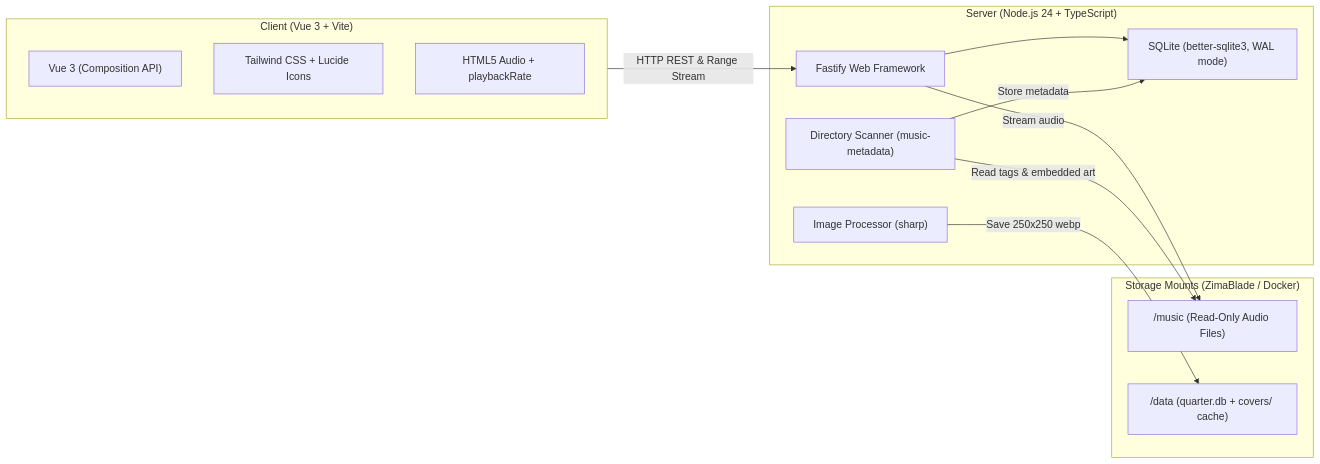
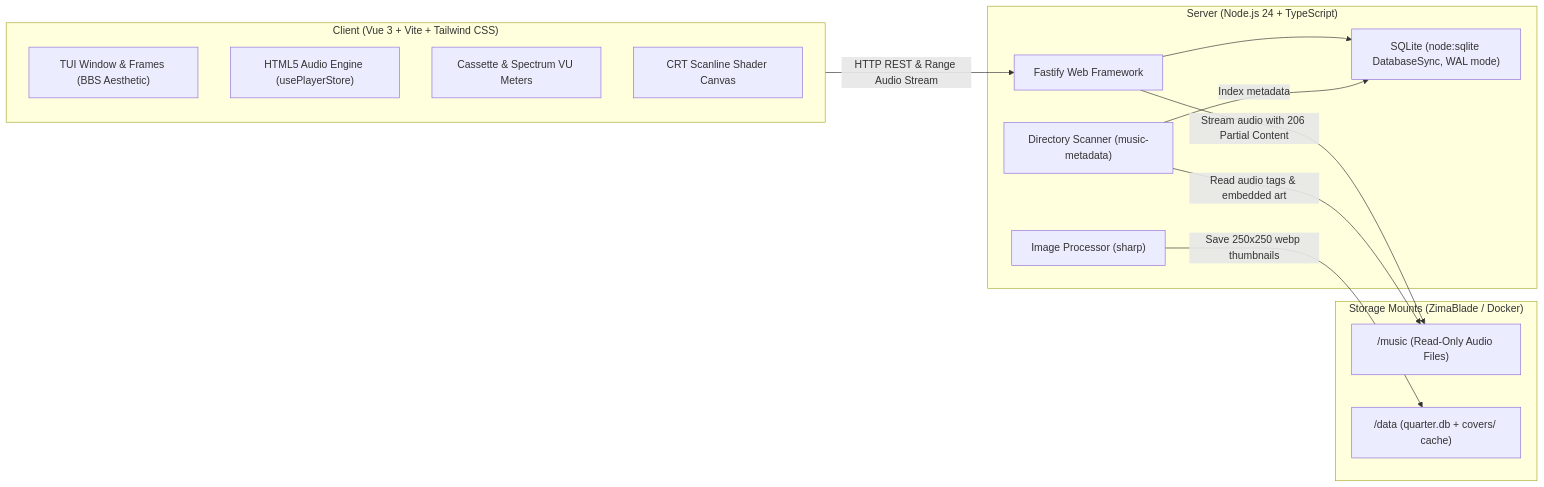
Before and after one commit to UdrK/QuarterNote: the first of 4 diagrams in docs/architecture.md, drawn with Mermaid. The commit also changed other lines of this file and 5 other files, not shown here.

````diff
--- a/docs/architecture.md
+++ b/docs/architecture.md
@@ -9,27 +9,28 @@
 ```mermaid
 flowchart LR
-    subgraph Client ["Client (Vue 3 + Vite)"]
-        UI["Vue 3 (Composition API)"]
-        TW["Tailwind CSS + Lucide Icons"]
-        AudioEngine["HTML5 Audio + playbackRate"]
+    subgraph Client ["Client (Vue 3 + Vite + Tailwind CSS)"]
+        UI["TUI Window & Frames (BBS Aesthetic)"]
+        AudioEngine["HTML5 Audio Engine (usePlayerStore)"]
+        Visualizer["Cassette & Spectrum VU Meters"]
+        CRT["CRT Scanline Shader Canvas"]
     end
 
     subgraph Server ["Server (Node.js 24 + TypeScript)"]
         Fastify["Fastify Web Framework"]
         Scanner["Directory Scanner (music-metadata)"]
         Thumbnails["Image Processor (sharp)"]
-        DB["SQLite (better-sqlite3, WAL mode)"]
+        DB["SQLite (node:sqlite DatabaseSync, WAL mode)"]
     end
 
     subgraph Storage ["Storage Mounts (ZimaBlade / Docker)"]
         MusicDir["/music (Read-Only Audio Files)"]
         DataDir["/data (quarter.db + covers/ cache)"]
     end
 
-    Client -->|HTTP REST & Range Stream| Fastify
+    Client -->|HTTP REST & Range Audio Stream| Fastify
     Fastify --> DB
-    Fastify -->|Stream audio| MusicDir
-    Scanner -->|Read tags & embedded art| MusicDir
-    Scanner -->|Store metadata| DB
-    Thumbnails -->|Save 250x250 webp| DataDir
+    Fastify -->|Stream audio with 206 Partial Content| MusicDir
+    Scanner -->|Read audio tags & embedded art| MusicDir
+    Scanner -->|Index metadata| DB
+    Thumbnails -->|Save 250x250 webp thumbnails| DataDir
 ```
````
